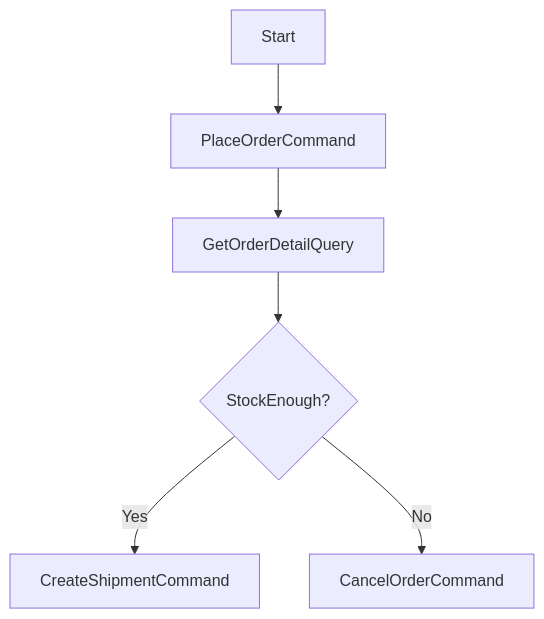
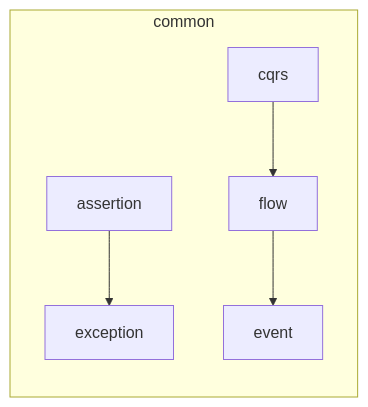
One commit to ANTHEM37/easy-ddd changed the diagram in easy-ddd-common/README.md. Above: the diagram before and after it, drawn with Mermaid. The commit also changed other lines of this file and 7 other files, not shown here.

Commit message:
feat(common): 添加 easy-ddd-common 模块文档和结构图

````diff
--- a/easy-ddd-common/README.md
+++ b/easy-ddd-common/README.md
@@ -20,10 +16,10 @@
 ```mermaid
-flowchart TD
-    Start --> Cmd[PlaceOrderCommand]
-    Cmd --> Qry[GetOrderDetailQuery]
-    Qry --> Cond{StockEnough?}
-    Cond -- Yes --> Ship[CreateShipmentCommand]
-    Cond -- No --> Fail[CancelOrderCommand]
+%% 图：模块包结构
 
-
+flowchart LR
+  subgraph common
+    A[assertion] --> B[exception]
+    C[cqrs] --> D[flow]
+    D --> E[event]
+  end
 ```
````
